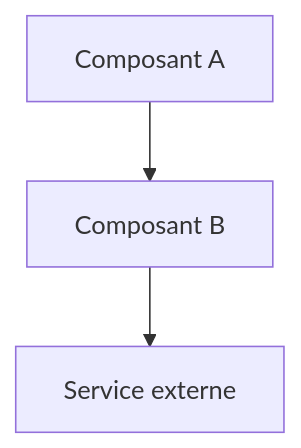
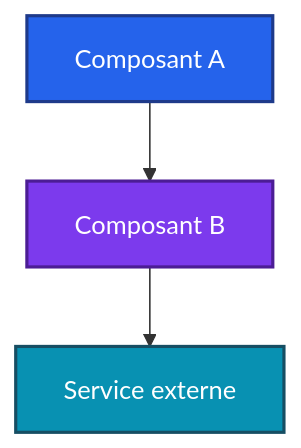
Before and after one commit to Adam-Blf/template-adam: the diagram in README.md, drawn with Mermaid.

Commit message:
docs: add colors to mermaid diagrams (#1)
Each node gets a palette class (by subgraph or by flow depth), subgraphs are tinted, non-flowchart diagrams use a colored base theme. Validated by rendering every diagram before and after.

````diff
--- a/README.md
+++ b/README.md
@@ -22,5 +22,12 @@
 ```mermaid
 flowchart TB
     A["Composant A"] --> B["Composant B"]
     B --> C["Service externe"]
+
+    classDef c0 fill:#2563eb,stroke:#1e3a8a,stroke-width:2px,color:#ffffff
+    classDef c1 fill:#7c3aed,stroke:#4c1d95,stroke-width:2px,color:#ffffff
+    classDef c2 fill:#0891b2,stroke:#164e63,stroke-width:2px,color:#ffffff
+    class A c0
+    class B c1
+    class C c2
 ```
````
